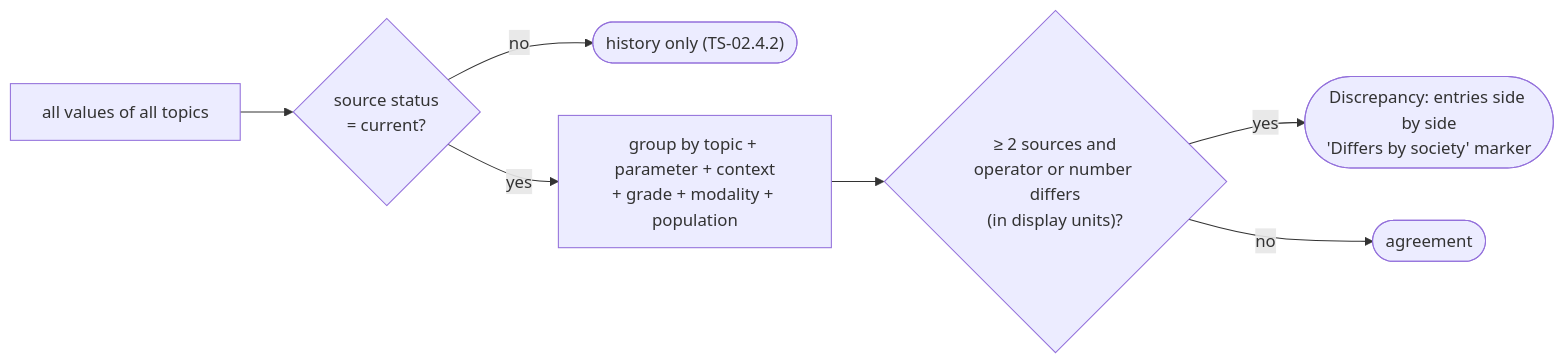
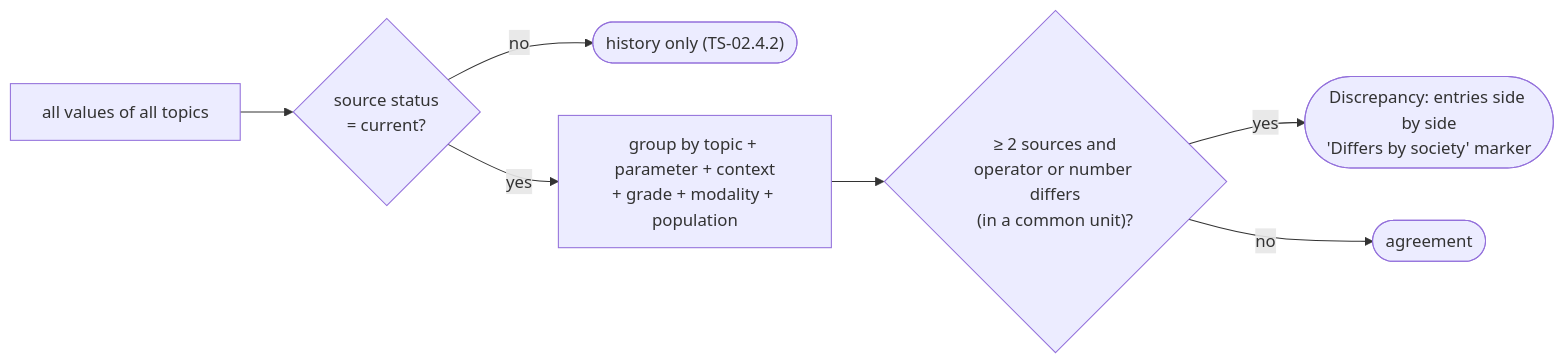
The third of 4 diagrams in docs/content-model.md (tudorgrigoriu90/valvia), drawn with Mermaid before and after one commit. The commit also changed other lines of this file and 22 other files, not shown here.

````diff
--- a/docs/content-model.md
+++ b/docs/content-model.md
@@ -229,9 +229,9 @@
 ```mermaid
 flowchart LR
     v["all values of all topics"] --> cur{"source status<br/>= current?"}
     cur -- no --> hist(["history only (TS-02.4.2)"])
     cur -- yes --> grp["group by topic + parameter + context<br/>+ grade + modality + population"]
-    grp --> cmp{"≥ 2 sources and<br/>operator or number differs<br/>(in display units)?"}
+    grp --> cmp{"≥ 2 sources and<br/>operator or number differs<br/>(in a common unit)?"}
     cmp -- yes --> flag(["Discrepancy: entries side by side<br/>'Differs by society' marker"])
     cmp -- no --> ok(["agreement"])
 ```
````
